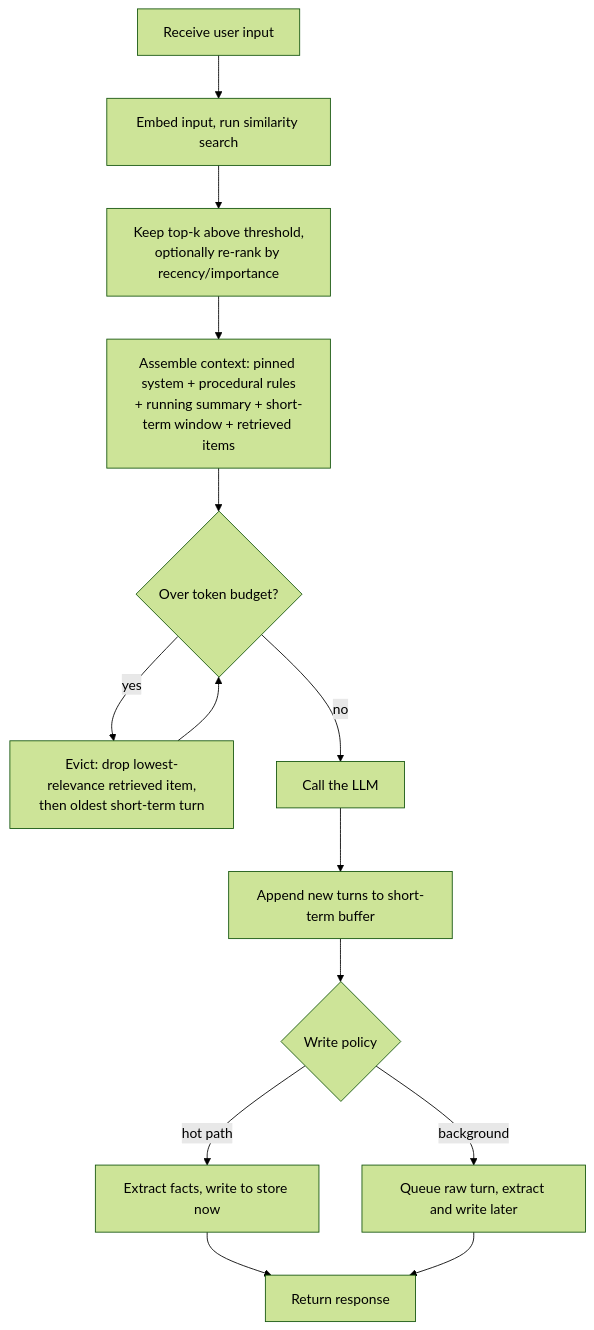
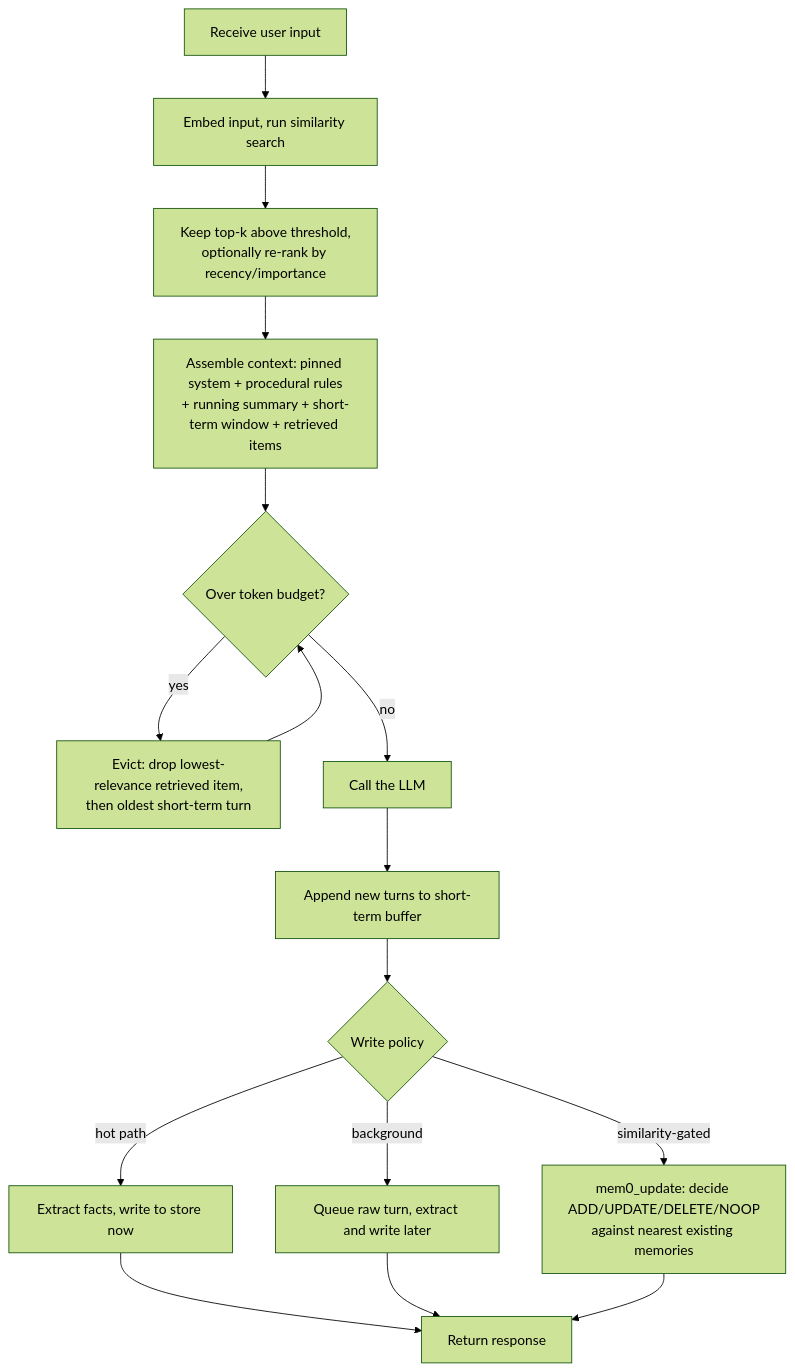
One commit to SarthakB11/agentic-patterns changed the diagram in patterns/memory/README.md. Above: the diagram before and after it, drawn with Mermaid (forest theme). The commit also changed other lines of this file and 12 other files, not shown here.

````diff
--- a/patterns/memory/README.md
+++ b/patterns/memory/README.md
@@ -13,16 +13,18 @@
 ```mermaid
 flowchart TD
     A[Receive user input] --> B[Embed input, run similarity search]
     B --> C[Keep top-k above threshold,\noptionally re-rank by recency/importance]
     C --> D[Assemble context: pinned system + procedural rules\n+ running summary + short-term window + retrieved items]
     D --> E{Over token budget?}
     E -->|yes| F[Evict: drop lowest-relevance retrieved item,\nthen oldest short-term turn]
     F --> E
     E -->|no| G[Call the LLM]
     G --> H[Append new turns to short-term buffer]
     H --> I{Write policy}
     I -->|hot path| J[Extract facts, write to store now]
     I -->|background| K[Queue raw turn, extract and write later]
+    I -->|similarity-gated| M[mem0_update: decide ADD/UPDATE/DELETE/NOOP\nagainst nearest existing memories]
     J --> L[Return response]
     K --> L
+    M --> L
 ```
````
